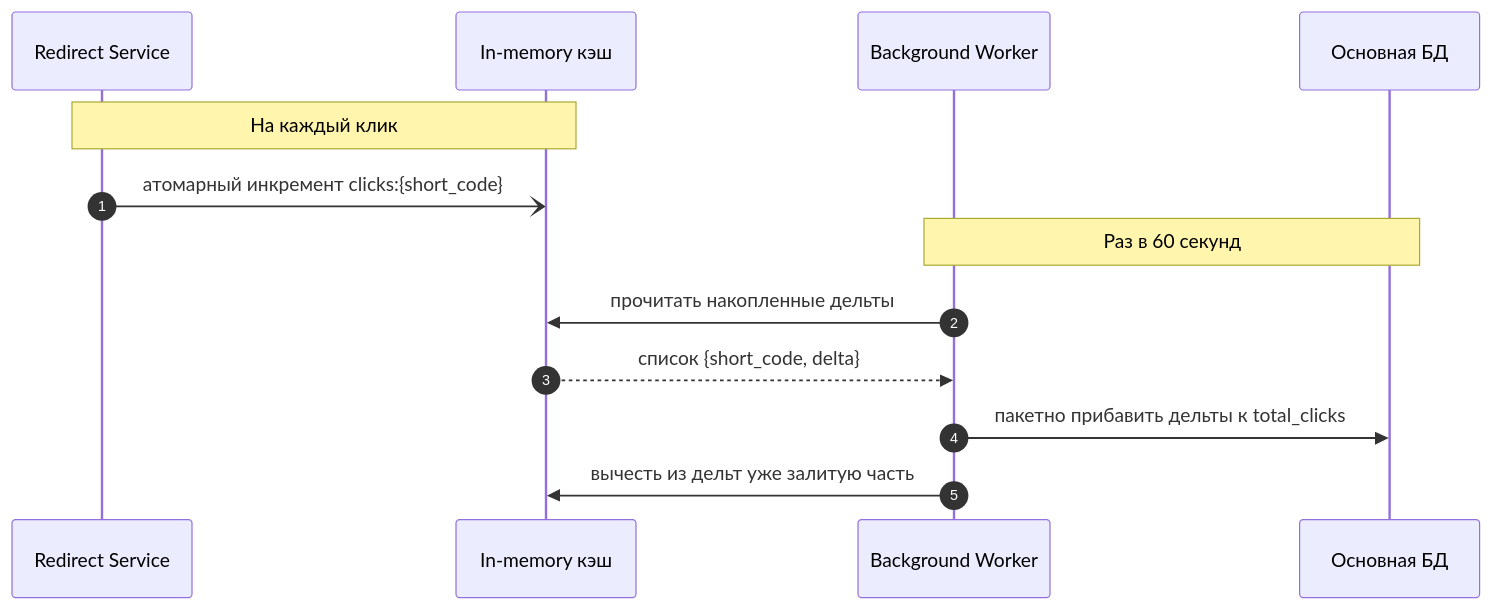
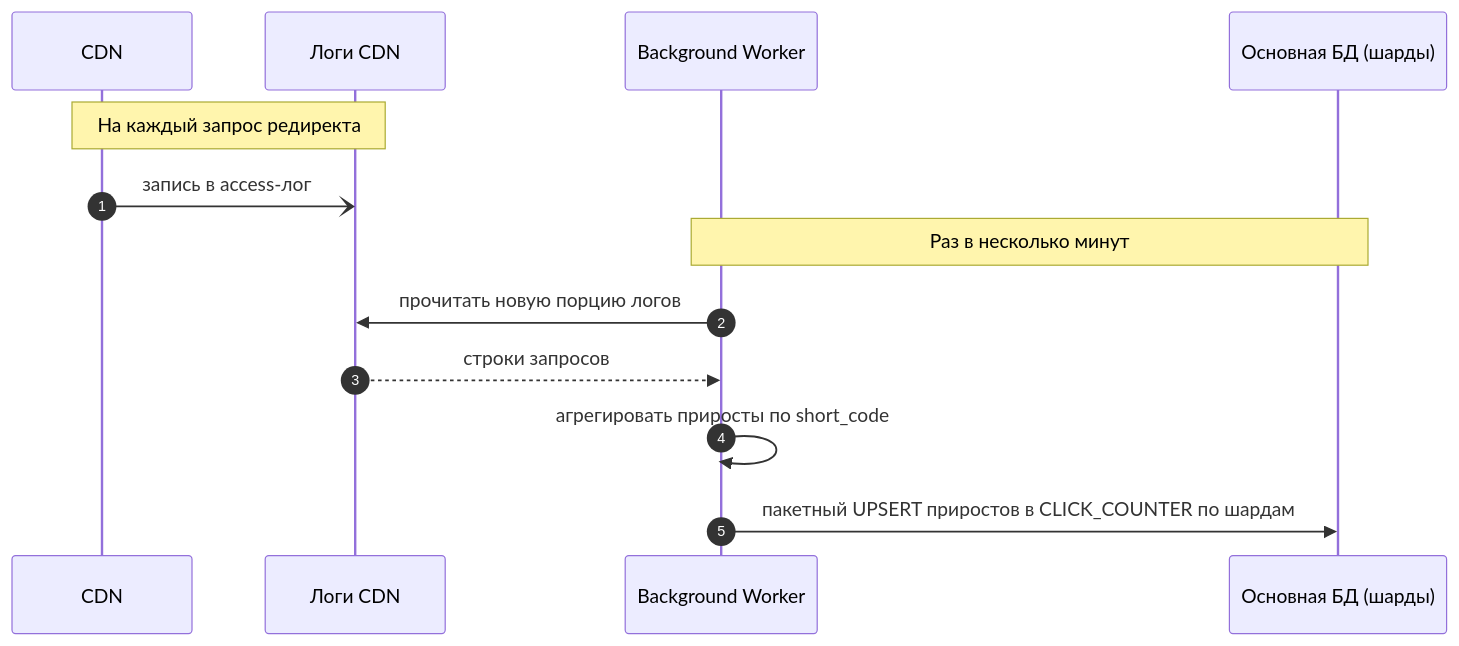
One commit to f1yToMoon/url_shortener changed the fourth of 9 diagrams in README.md. Above: the diagram before and after it, drawn with Mermaid. The commit also changed other lines of this file, not shown here.

````diff
--- a/README.md
+++ b/README.md
@@ -318,17 +333,17 @@
 ```mermaid
 sequenceDiagram
   autonumber
-  participant R as Redirect Service
-  participant Cache as In-memory кэш
+  participant CDN as CDN
+  participant Logs as Логи CDN
   participant W as Background Worker
-  participant DB as Основная БД
+  participant DB as Основная БД (шарды)
 
-  Note over R,Cache: На каждый клик
-  R-)Cache: атомарный инкремент clicks:{short_code}
+  Note over CDN,Logs: На каждый запрос редиректа
+  CDN-)Logs: запись в access-лог
 
-  Note over W,DB: Раз в 60 секунд
-  W->>Cache: прочитать накопленные дельты
-  Cache-->>W: список {short_code, delta}
-  W->>DB: пакетно прибавить дельты к total_clicks
-  W->>Cache: вычесть из дельт уже залитую часть
+  Note over W,DB: Раз в несколько минут
+  W->>Logs: прочитать новую порцию логов
+  Logs-->>W: строки запросов
+  W->>W: агрегировать приросты по short_code
+  W->>DB: пакетный UPSERT приростов в CLICK_COUNTER по шардам
 ```
````
